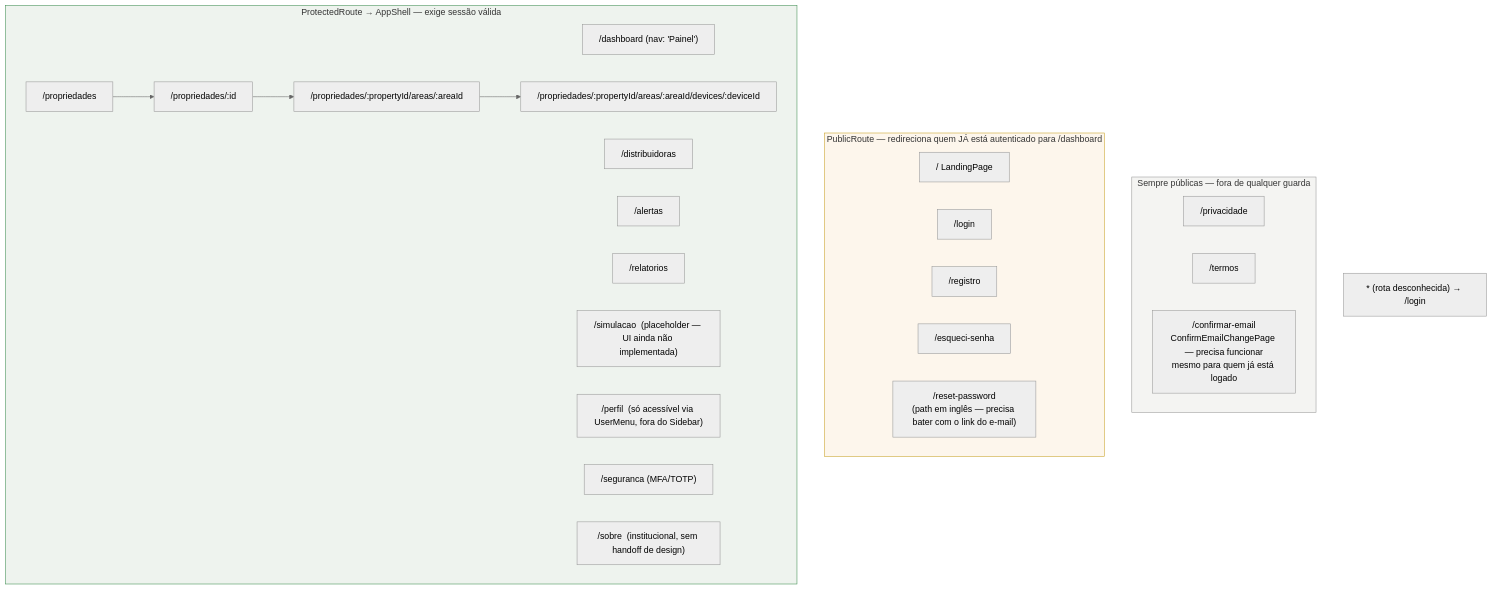
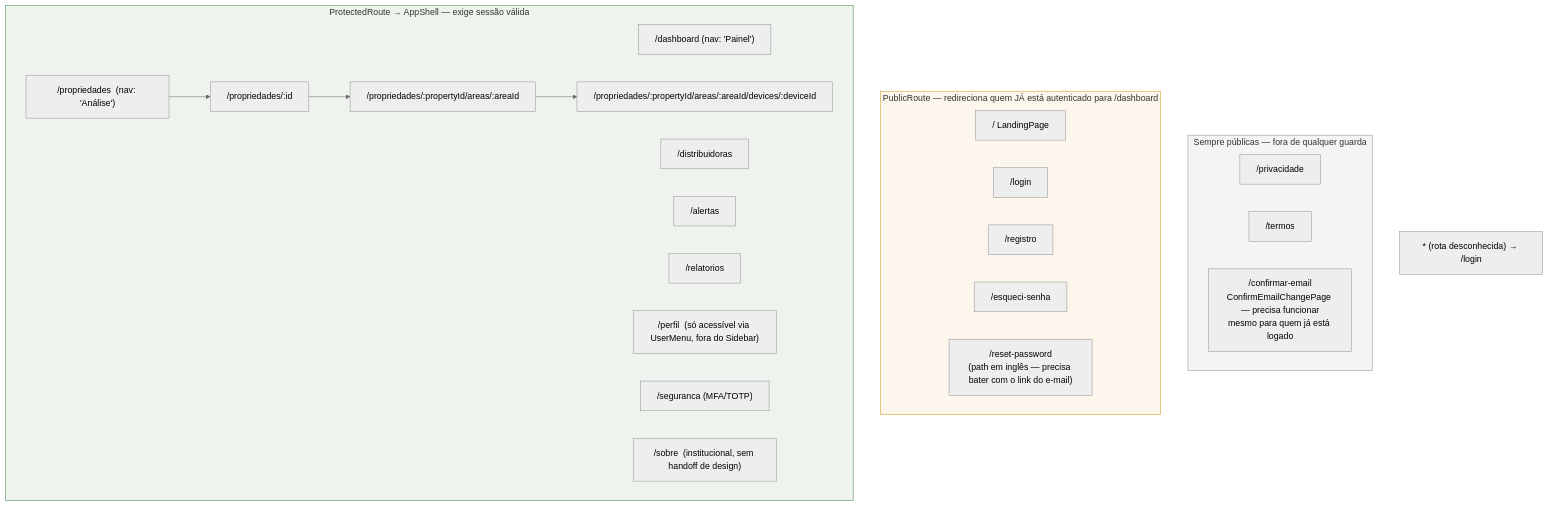
Before and after one commit to viniciussartini/lumitrack: the first of 4 diagrams in frontend/README.md, drawn with Mermaid (neutral theme). The commit also changed other lines of this file and 15 other files, not shown here.

````diff
--- a/frontend/README.md
+++ b/frontend/README.md
@@ -105,39 +105,38 @@
 ```mermaid
 flowchart TB
     subgraph FREE["Sempre públicas — fora de qualquer guarda"]
         PRIV["/privacidade"]
         TERM["/termos"]
         CONF["/confirmar-email<br/>ConfirmEmailChangePage — precisa funcionar<br/>mesmo para quem já está logado"]
     end
 
     subgraph PUB["PublicRoute — redireciona quem JÁ está autenticado para /dashboard"]
         ROOT["/  LandingPage"]
         LOGIN["/login"]
         REG["/registro"]
         FORGOT["/esqueci-senha"]
         RESET["/reset-password<br/>(path em inglês — precisa bater com o link do e-mail)"]
     end
 
     subgraph PROT["ProtectedRoute → AppShell — exige sessão válida"]
         DASH["/dashboard  (nav: 'Painel')"]
         DIST["/distribuidoras"]
-        PROP["/propriedades"]
+        PROP["/propriedades  (nav: 'Análise')"]
         PROPD["/propriedades/:id"]
         AREAD["/propriedades/:propertyId/areas/:areaId"]
         DEVD["/propriedades/:propertyId/areas/:areaId/devices/:deviceId"]
         ALERT["/alertas"]
         REP["/relatorios"]
-        SIM["/simulacao  (placeholder — UI ainda não implementada)"]
         PERF["/perfil  (só acessível via UserMenu, fora do Sidebar)"]
         SEC["/seguranca  (MFA/TOTP)"]
         SOBRE["/sobre  (institucional, sem handoff de design)"]
     end
 
     FALLBACK["* (rota desconhecida) → /login"]
 
     PROP --> PROPD --> AREAD --> DEVD
 
     style FREE fill:#f4f4f2,stroke:#999
     style PUB fill:#fdf6ec,stroke:#c9a227
     style PROT fill:#eef3ee,stroke:#3f8f52
 ```
````
